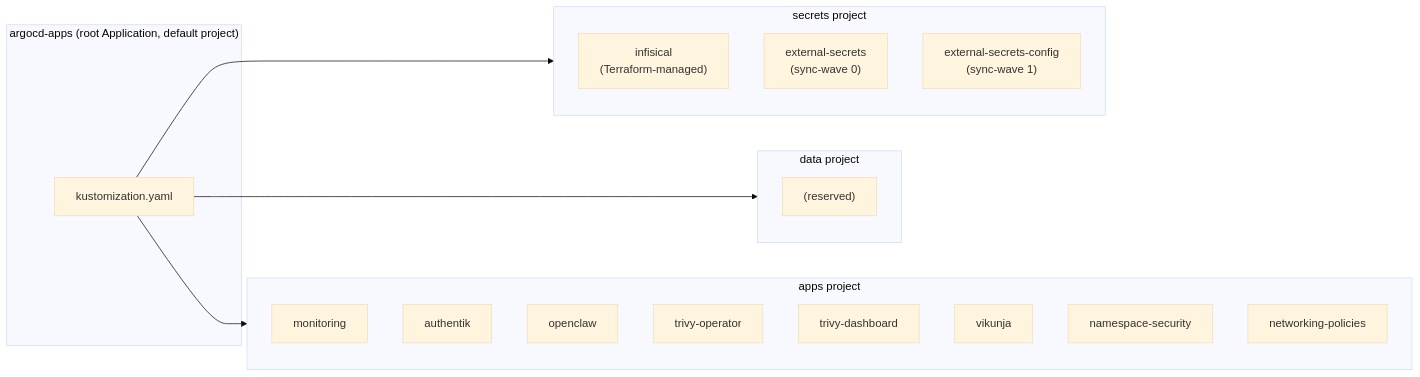
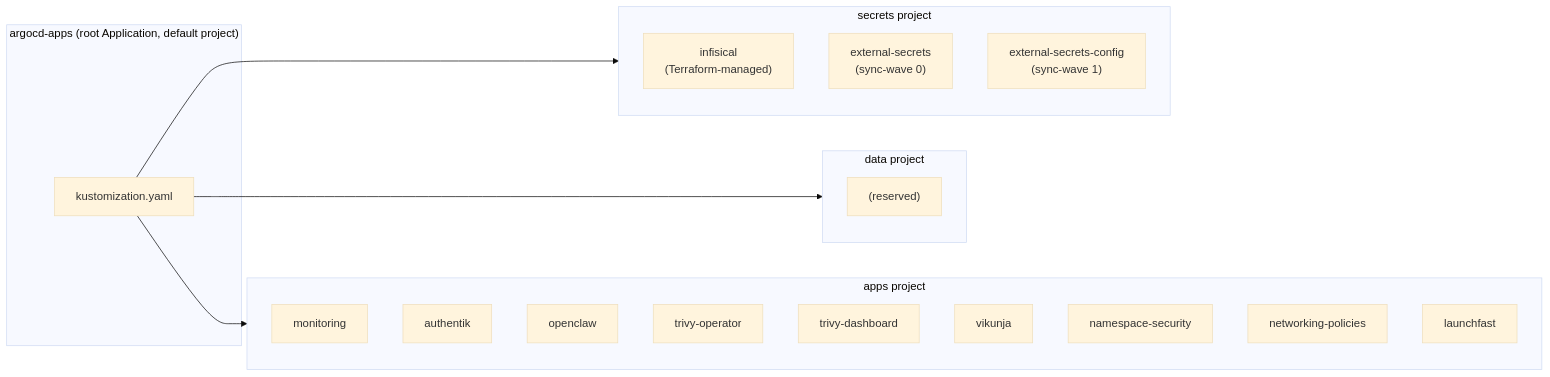
Before and after one commit to haingth77/homelab: the second of 2 diagrams in k8s/apps/argocd/README.md, drawn with Mermaid (base theme). The commit also changed other lines of this file and 15 other files, not shown here.

````diff
--- a/k8s/apps/argocd/README.md
+++ b/k8s/apps/argocd/README.md
@@ -72,31 +74,32 @@
 ```mermaid
 flowchart LR
     subgraph root["argocd-apps (root Application, default project)"]
         Kustomize["kustomization.yaml"]
     end
 
     subgraph secretsProj["secrets project"]
         Infisical["infisical\n(Terraform-managed)"]
         A1["external-secrets\n(sync-wave 0)"]
         A2["external-secrets-config\n(sync-wave 1)"]
     end
 
     subgraph dataProj["data project"]
         A3["(reserved)"]
     end
 
     subgraph appsProj["apps project"]
         A5["monitoring"]
         A6["authentik"]
         A7["openclaw"]
         A8["trivy-operator"]
         A11["trivy-dashboard"]
         A12["vikunja"]
         A9["namespace-security"]
         A10["networking-policies"]
+        A13["launchfast"]
     end
 
     Kustomize --> secretsProj
     Kustomize --> dataProj
     Kustomize --> appsProj
 ```
````
